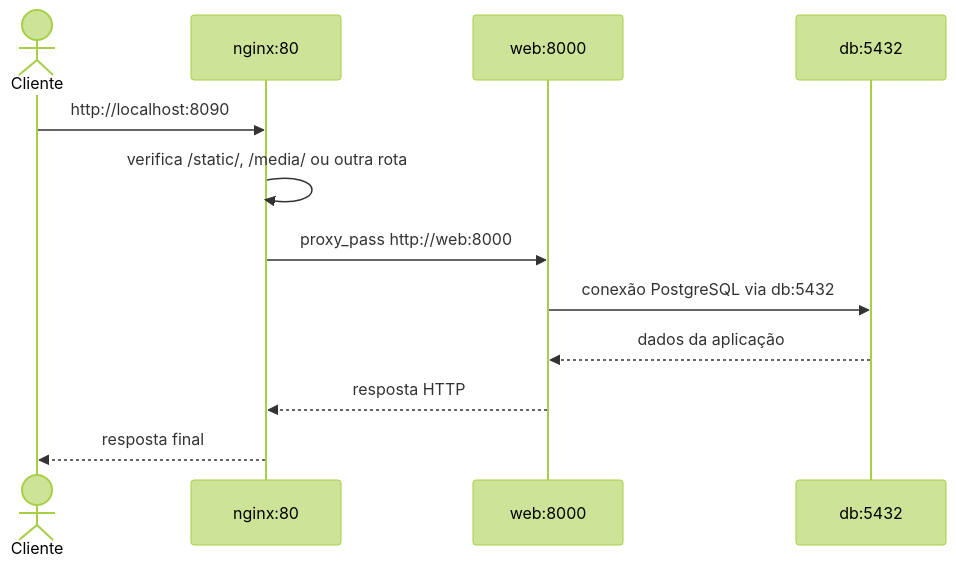
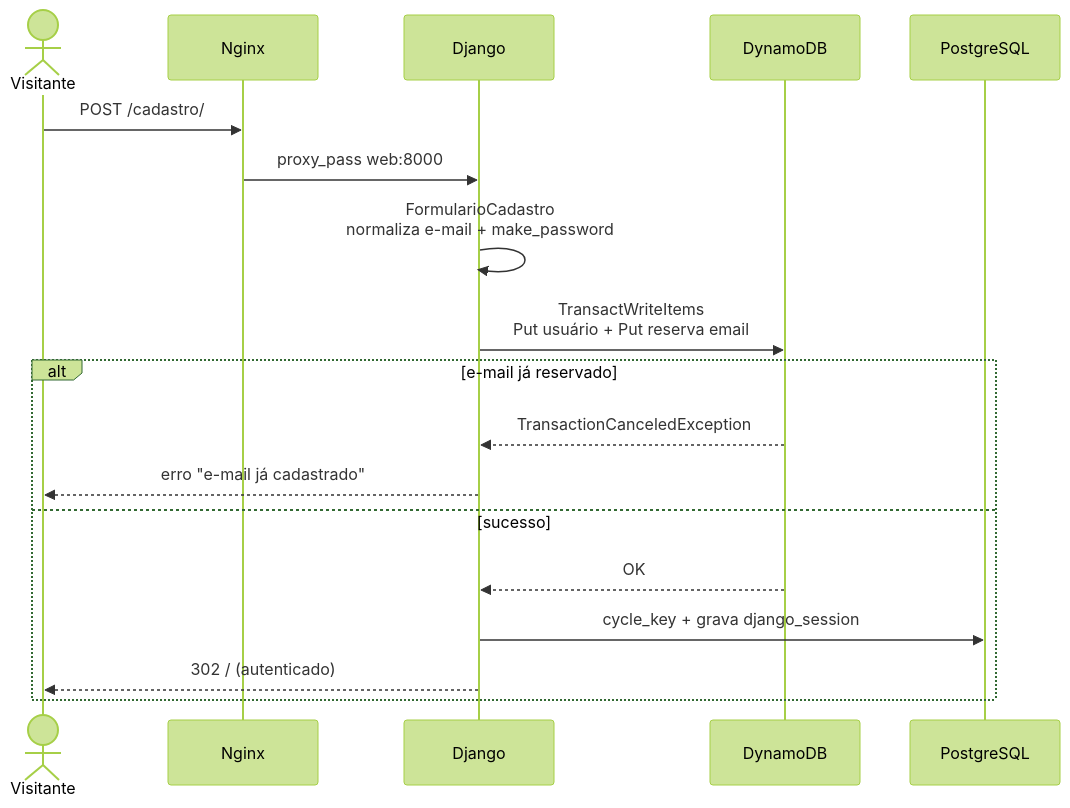
One commit to analaress/django-upload-docker changed the fourth of 8 diagrams in docs/arquitetura.md. Above: the diagram before and after it, drawn with Mermaid (forest theme). The commit also changed other lines of this file and 37 other files, not shown here.

````diff
--- a/docs/arquitetura.md
+++ b/docs/arquitetura.md
@@ -74,15 +179,21 @@
 ```mermaid
 sequenceDiagram
-    actor Cliente
-    participant Nginx as nginx:80
-    participant Django as web:8000
-    participant Banco as db:5432
+    actor U as Visitante
+    participant N as Nginx
+    participant D as Django
+    participant Dy as DynamoDB
+    participant P as PostgreSQL
 
-    Cliente->>Nginx: http://localhost:8090
-    Nginx->>Nginx: verifica /static/, /media/ ou outra rota
-    Nginx->>Django: proxy_pass http://web:8000
-    Django->>Banco: conexão PostgreSQL via db:5432
-    Banco-->>Django: dados da aplicação
-    Django-->>Nginx: resposta HTTP
-    Nginx-->>Cliente: resposta final
+    U->>N: POST /cadastro/
+    N->>D: proxy_pass web:8000
+    D->>D: FormularioCadastro<br/>normaliza e-mail + make_password
+    D->>Dy: TransactWriteItems<br/>Put usuário + Put reserva email#...
+    alt e-mail já reservado
+        Dy-->>D: TransactionCanceledException
+        D-->>U: erro "e-mail já cadastrado"
+    else sucesso
+        Dy-->>D: OK
+        D->>P: cycle_key + grava django_session
+        D-->>U: 302 / (autenticado)
+    end
 ```
````
